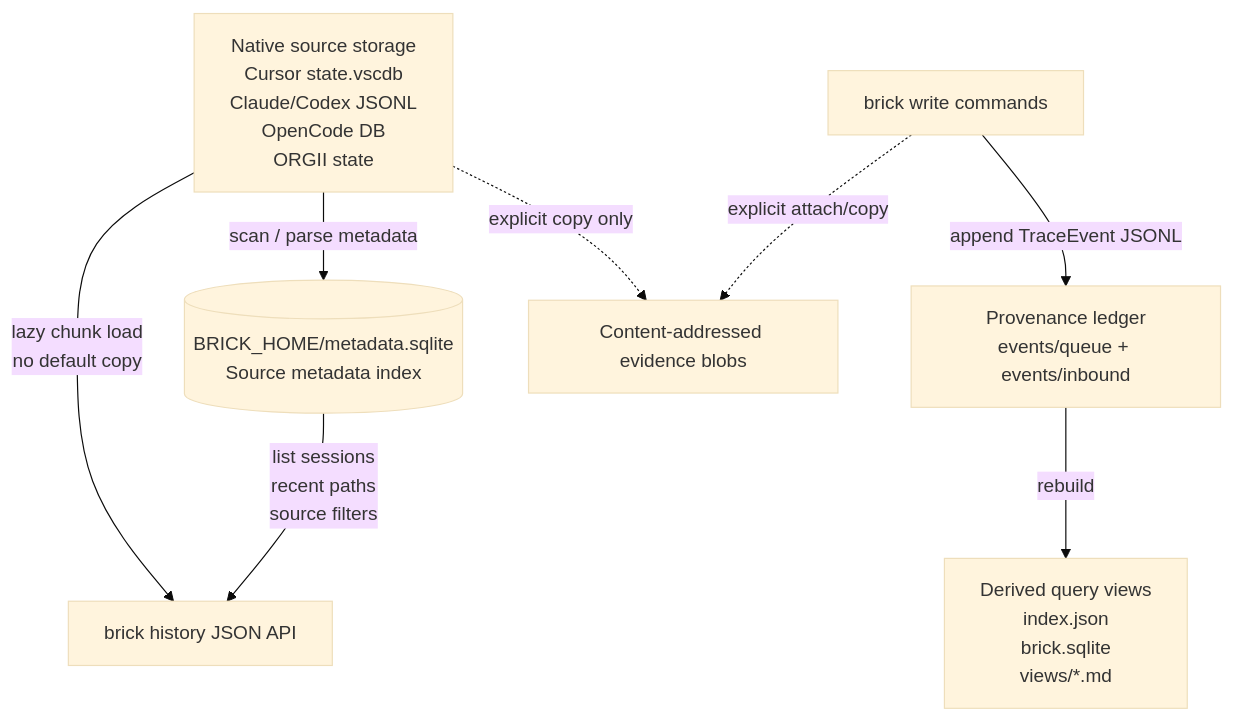
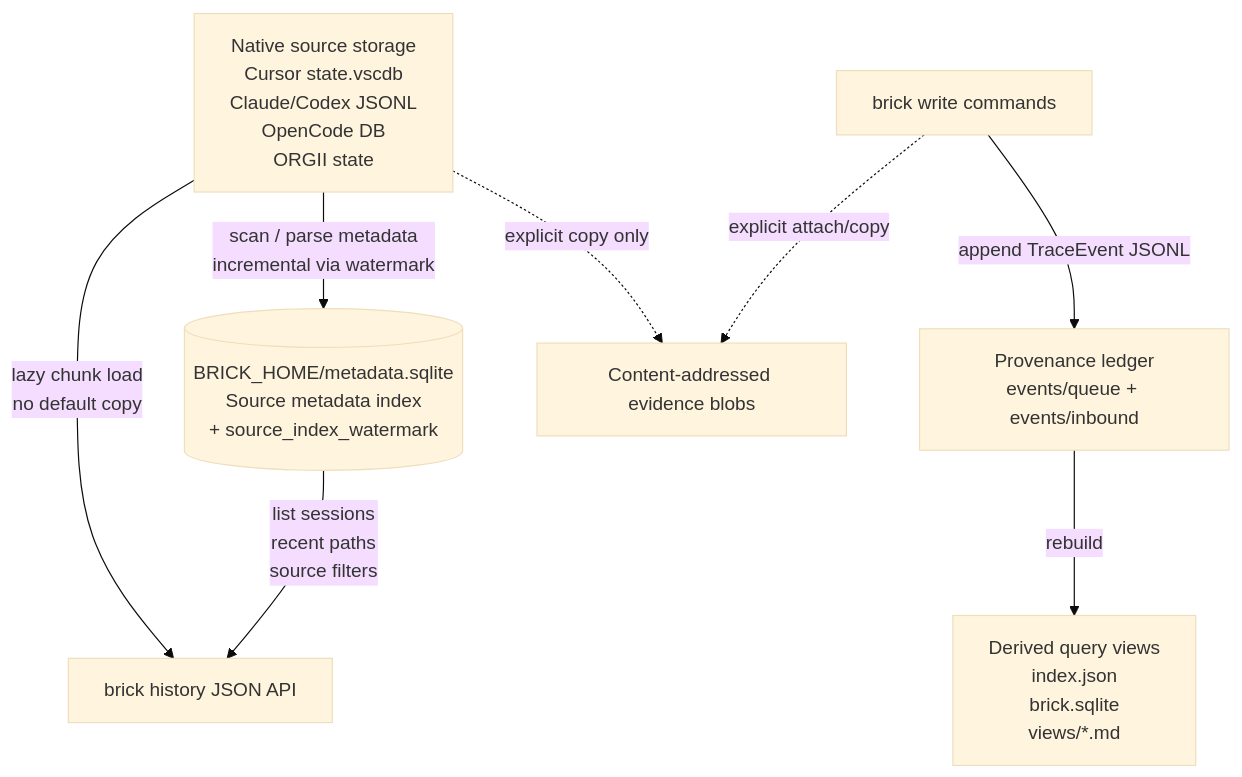
The first of 5 diagrams in docs/architecture/architecture.md (yorgai/org-trace), drawn with Mermaid (base theme) before and after one commit. The commit also changed other lines of this file and 4 other files, not shown here.

````diff
--- a/docs/architecture/architecture.md
+++ b/docs/architecture/architecture.md
@@ -23,12 +23,12 @@
 ```mermaid
 flowchart TD
-    Native[Native source storage<br/>Cursor state.vscdb<br/>Claude/Codex JSONL<br/>OpenCode DB<br/>ORGII state] -->|scan / parse metadata| Metadata[(BRICK_HOME/metadata.sqlite<br/>Source metadata index)]
+    Native[Native source storage<br/>Cursor state.vscdb<br/>Claude/Codex JSONL<br/>OpenCode DB<br/>ORGII state] -->|scan / parse metadata<br/>incremental via watermark| Metadata[(BRICK_HOME/metadata.sqlite<br/>Source metadata index<br/>+ source_index_watermark)]
     Native -->|lazy chunk load<br/>no default copy| History[brick history JSON API]
     Metadata -->|list sessions<br/>recent paths<br/>source filters| History
 
     CLI[brick write commands] -->|append TraceEvent JSONL| Ledger[Provenance ledger<br/>events/queue + events/inbound]
     Ledger -->|rebuild| Derived[Derived query views<br/>index.json<br/>brick.sqlite<br/>views/*.md]
 
     Native -. explicit copy only .-> Blobs[Content-addressed evidence blobs]
     CLI -. explicit attach/copy .-> Blobs
 ```
````
